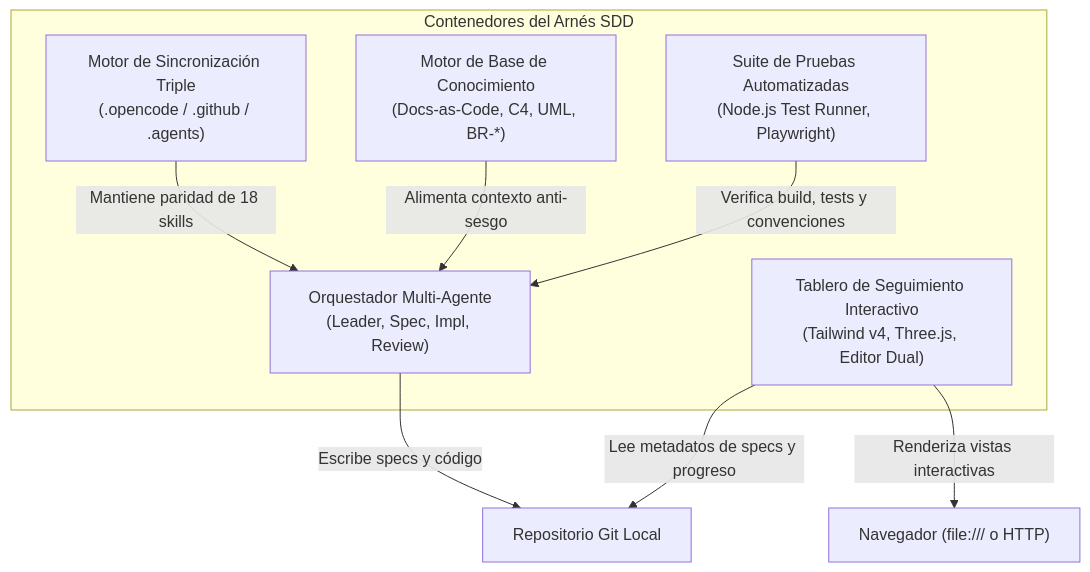
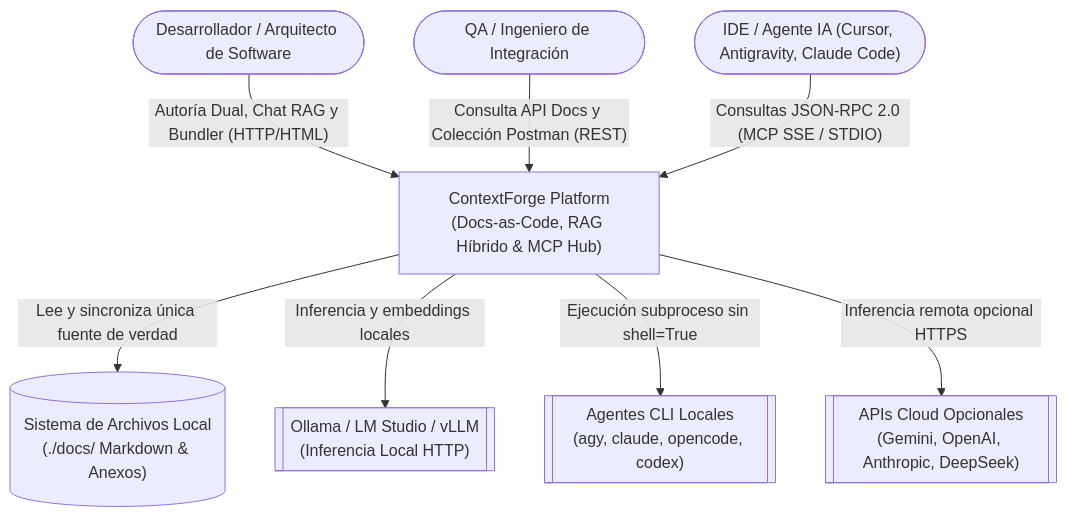
One commit to Nayid4/ContextForge changed the fourth of 49 diagrams in project-docs/knowledge/MASTER-PROJECT-KNOWLEDGE.md. Above: the diagram before and after it, drawn with Mermaid. The commit also changed other lines of this file and 708 other files, not shown here.

````diff
--- a/project-docs/knowledge/MASTER-PROJECT-KNOWLEDGE.md
+++ b/project-docs/knowledge/MASTER-PROJECT-KNOWLEDGE.md
@@ -99,20 +469,21 @@
 ```mermaid
 flowchart TD
-  subgraph HarnessContainers["Contenedores del Arnés SDD"]
-    containerOrchestrator["Orquestador Multi-Agente<br/>(Leader, Spec, Impl, Review)"]
-    containerTripleSync["Motor de Sincronización Triple<br/>(.opencode / .github / .agents)"]
-    containerKnowledge["Motor de Base de Conocimiento<br/>(Docs-as-Code, C4, UML, BR-*)"]
-    containerDashboard["Tablero de Seguimiento Interactivo<br/>(Tailwind v4, Three.js, Editor Dual)"]
-    containerTestRunner["Suite de Pruebas Automatizadas<br/>(Node.js Test Runner, Playwright)"]
-  end
+  actorDev(["Desarrollador / Arquitecto de Software"])
+  actorQa(["QA / Ingeniero de Integración"])
+  actorIde(["IDE / Agente IA (Cursor, Antigravity, Claude Code)"])
 
-  gitRepo["Repositorio Git Local"]
-  userView["Navegador (file:/// o HTTP)"]
+  sysContextForge["ContextForge Platform<br/>(Docs-as-Code, RAG Híbrido & MCP Hub)"]
 
-  containerOrchestrator -->|"Escribe specs y código"| gitRepo
-  containerTripleSync -->|"Mantiene paridad de 18 skills"| containerOrchestrator
-  containerKnowledge -->|"Alimenta contexto anti-sesgo"| containerOrchestrator
-  containerDashboard -->|"Lee metadatos de specs y progreso"| gitRepo
-  containerDashboard -->|"Renderiza vistas interactivas"| userView
-  containerTestRunner -->|"Verifica build, tests y convenciones"| containerOrchestrator
+  extOllama[["Ollama / LM Studio / vLLM<br/>(Inferencia Local HTTP)"]]
+  extCli[["Agentes CLI Locales<br/>(agy, claude, opencode, codex)"]]
+  extCloud[["APIs Cloud Opcionales<br/>(Gemini, OpenAI, Anthropic, DeepSeek)"]]
+  extFs[("Sistema de Archivos Local<br/>(./docs/ Markdown & Anexos)")]
+
+  actorDev -->|"Autoría Dual, Chat RAG y Bundler (HTTP/HTML)"| sysContextForge
+  actorQa -->|"Consulta API Docs y Colección Postman (REST)"| sysContextForge
+  actorIde -->|"Consultas JSON-RPC 2.0 (MCP SSE / STDIO)"| sysContextForge
+  sysContextForge -->|"Lee y sincroniza única fuente de verdad"| extFs
+  sysContextForge -->|"Inferencia y embeddings locales"| extOllama
+  sysContextForge -->|"Ejecución subproceso sin shell=True"| extCli
+  sysContextForge -->|"Inferencia remota opcional HTTPS"| extCloud
 ```
````
